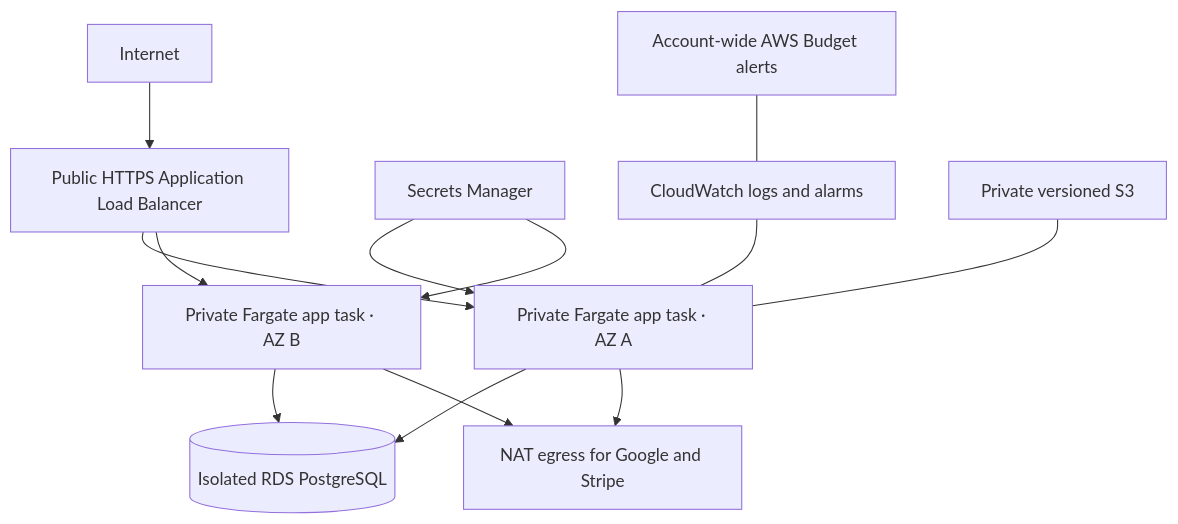
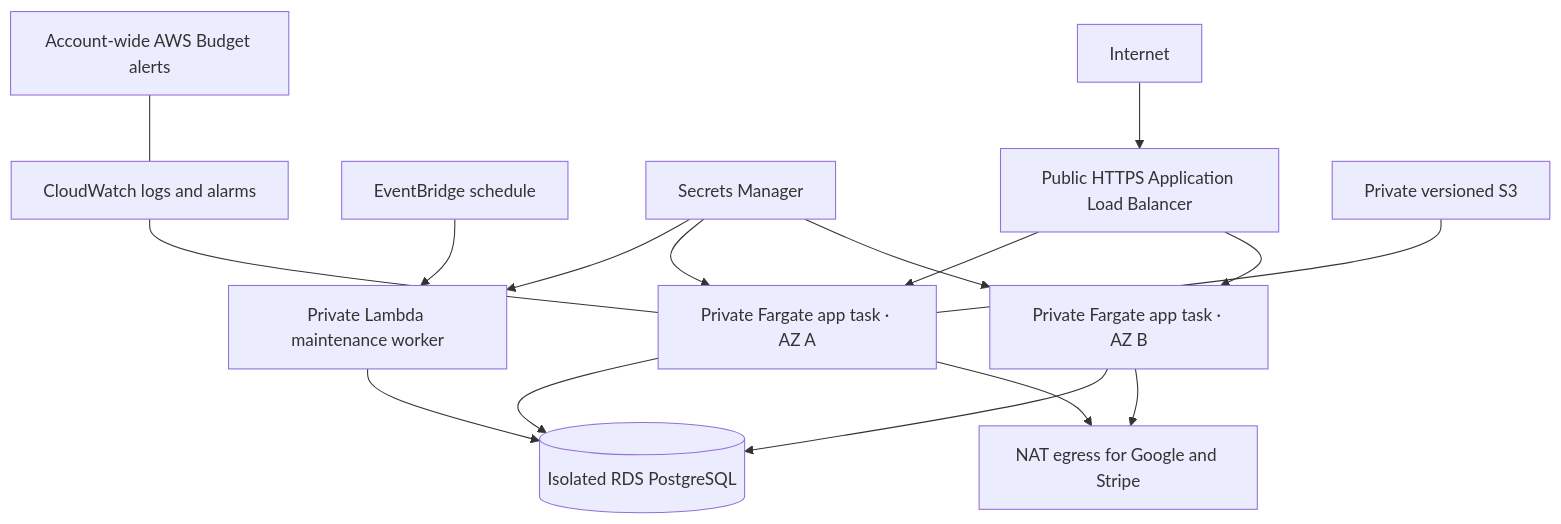
Before and after one commit to Ishan-Wakade/nuraprep: the diagram in docs/DEPLOYMENT.md, drawn with Mermaid. The commit also changed other lines of this file and 17 other files, not shown here.

Commit message:
feat(infra): add scheduled Lambda maintenance worker

````diff
--- a/docs/DEPLOYMENT.md
+++ b/docs/DEPLOYMENT.md
@@ -123,15 +123,18 @@
 ```mermaid
 flowchart TB
     Internet --> ALB[Public HTTPS Application Load Balancer]
     ALB --> AppA[Private Fargate app task · AZ A]
     ALB --> AppB[Private Fargate app task · AZ B]
     AppA --> RDS[(Isolated RDS PostgreSQL)]
     AppB --> RDS
+    Events[EventBridge schedule] --> Worker[Private Lambda maintenance worker]
+    Worker --> RDS
+    Secrets --> Worker
     AppA --> NAT[NAT egress for Google and Stripe]
     AppB --> NAT
     Secrets[Secrets Manager] --> AppA
     Secrets --> AppB
     Logs[CloudWatch logs and alarms] --- AppA
     Artifacts[Private versioned S3] --- AppA
     Budget[Account-wide AWS Budget alerts] --- Logs
 ```
````
